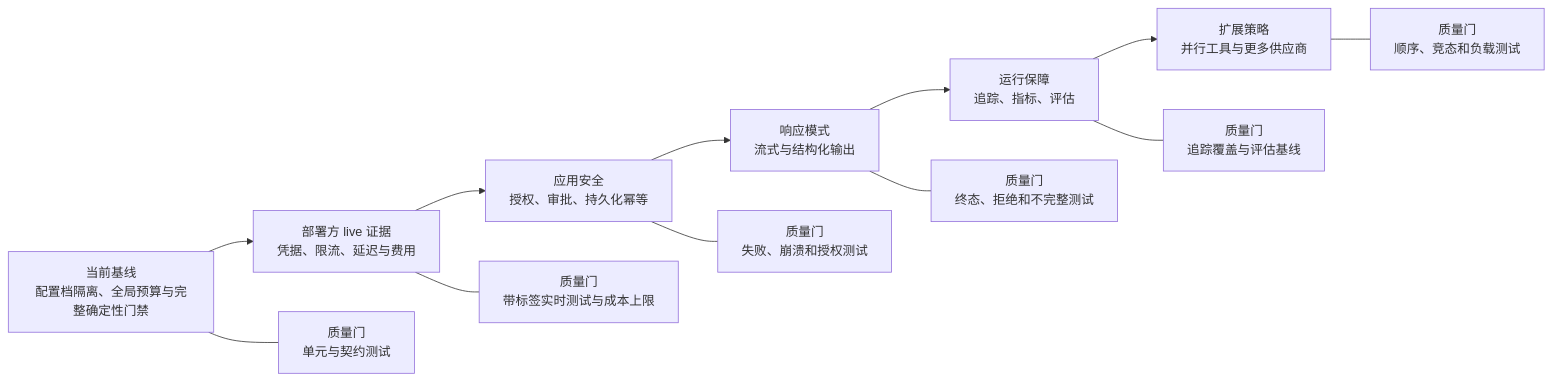
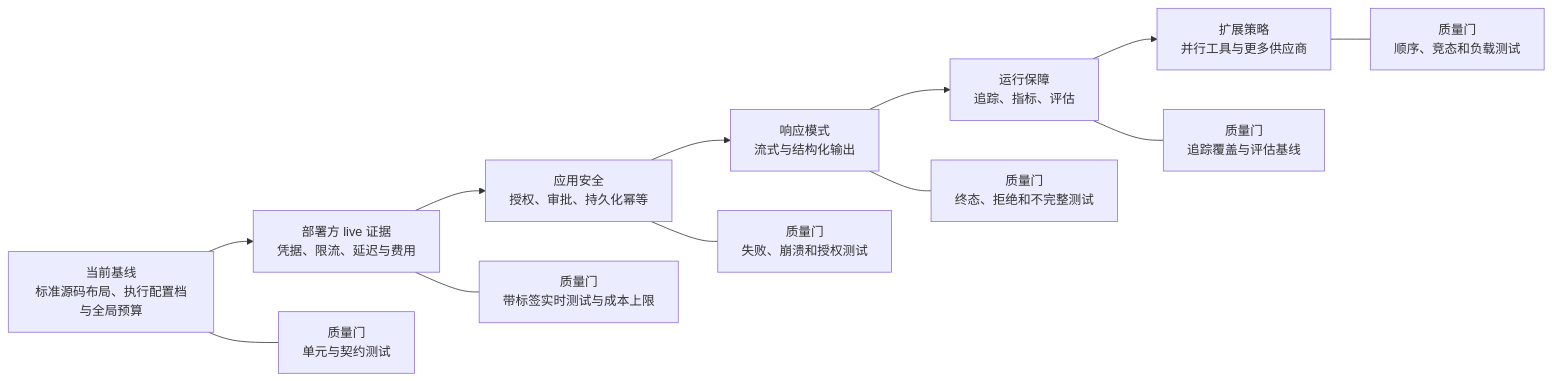
One commit to jamienlu/pickagent changed the second of 2 diagrams in responses-agent-runtime/docs/project-mind-map.zh-CN.md. Above: the diagram before and after it, drawn with Mermaid. The commit also changed 24 other files, not shown here.

````diff
--- a/responses-agent-runtime/docs/project-mind-map.zh-CN.md
+++ b/responses-agent-runtime/docs/project-mind-map.zh-CN.md
@@ -89,15 +89,15 @@
 ```mermaid
 flowchart LR
-    A[当前基线<br/>配置档隔离、全局预算与完整确定性门禁] --> B[部署方 live 证据<br/>凭据、限流、延迟与费用]
+    A[当前基线<br/>标准源码布局、执行配置档与全局预算] --> B[部署方 live 证据<br/>凭据、限流、延迟与费用]
     B --> C[应用安全<br/>授权、审批、持久化幂等]
     C --> D[响应模式<br/>流式与结构化输出]
     D --> E[运行保障<br/>追踪、指标、评估]
     E --> F[扩展策略<br/>并行工具与更多供应商]
 
     A --- GA[质量门<br/>单元与契约测试]
     B --- GB[质量门<br/>带标签实时测试与成本上限]
     C --- GC[质量门<br/>失败、崩溃和授权测试]
     D --- GD[质量门<br/>终态、拒绝和不完整测试]
     E --- GE[质量门<br/>追踪覆盖与评估基线]
     F --- GF[质量门<br/>顺序、竞态和负载测试]
 ```
````
